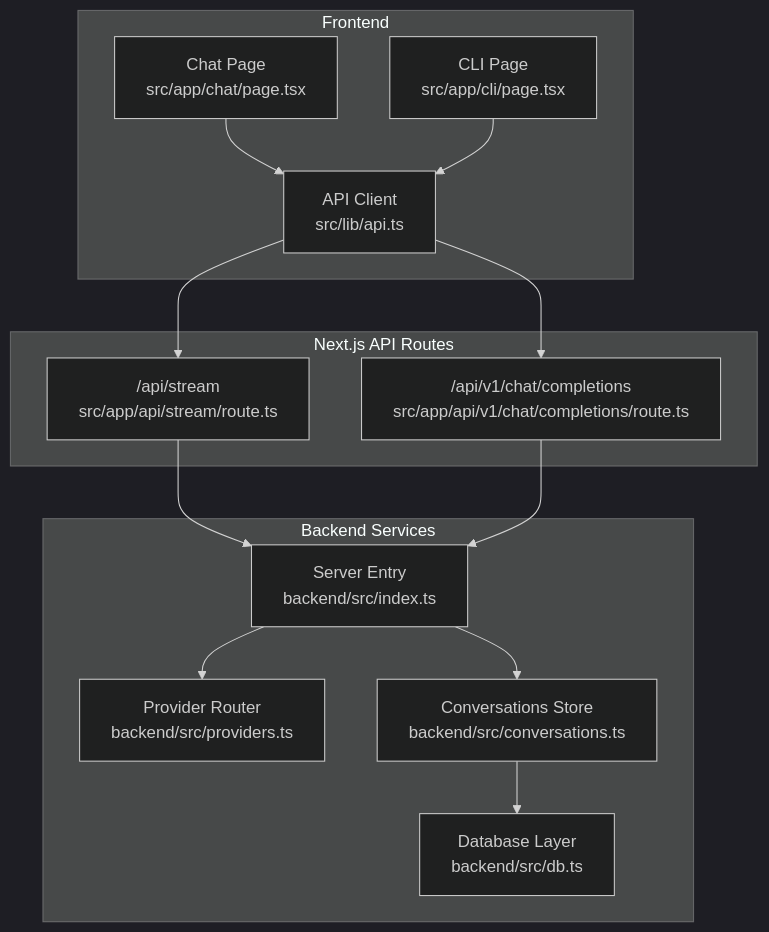
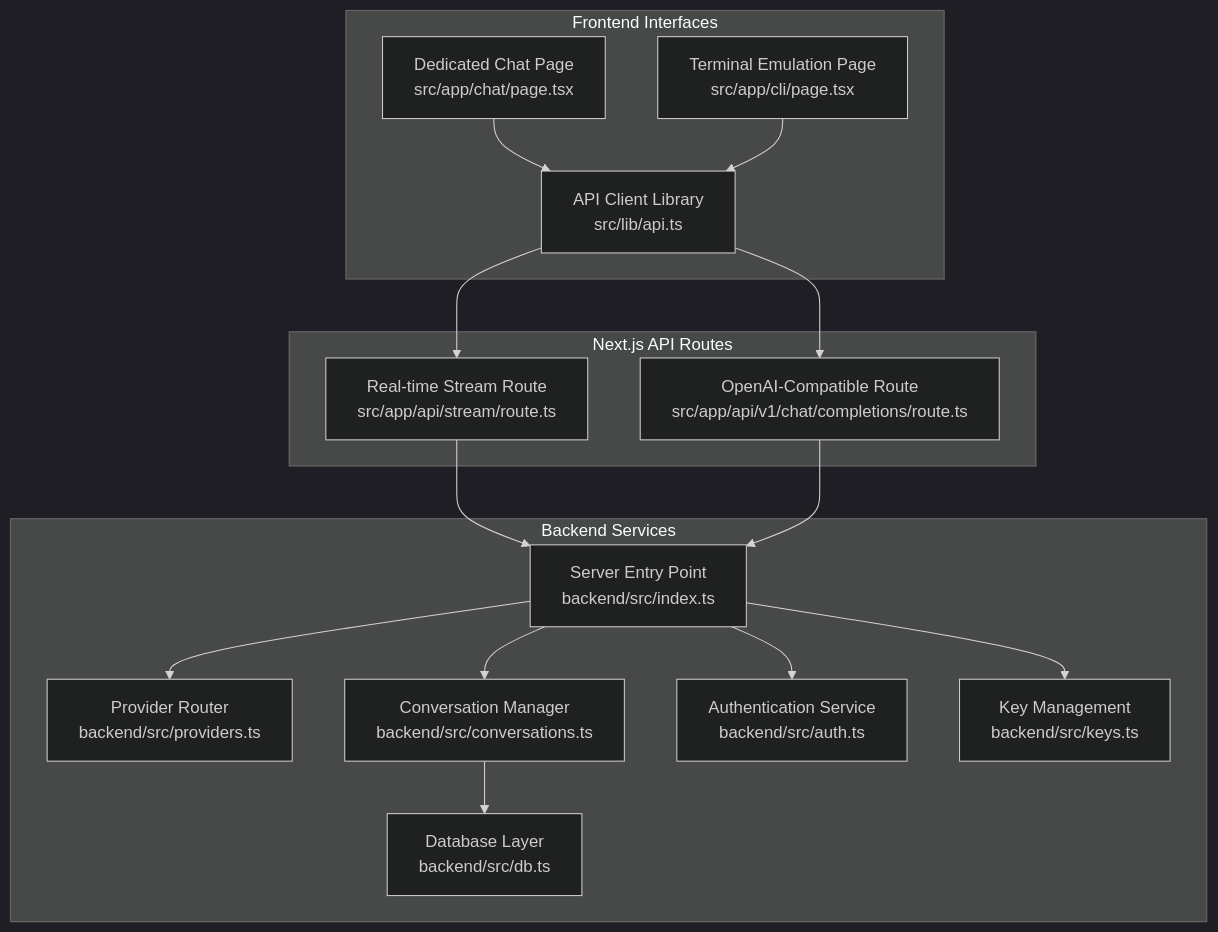
Before and after one commit to HassanAmeer/cheaprouter: the first of 3 diagrams in .qoder/repowiki/en/content/Chat Interface.md, drawn with Mermaid (dark theme). The commit also changed other lines of this file and 54 other files, not shown here.

````diff
--- a/.qoder/repowiki/en/content/Chat Interface.md
+++ b/.qoder/repowiki/en/content/Chat Interface.md
@@ -59,27 +67,31 @@
 ```mermaid
 graph TB
-subgraph "Frontend"
-ChatPage["Chat Page<br/>src/app/chat/page.tsx"]
-CLIPage["CLI Page<br/>src/app/cli/page.tsx"]
-ApiLib["API Client<br/>src/lib/api.ts"]
+subgraph "Frontend Interfaces"
+ChatPage["Dedicated Chat Page<br/>src/app/chat/page.tsx"]
+CLIPage["Terminal Emulation Page<br/>src/app/cli/page.tsx"]
+ApiLib["API Client Library<br/>src/lib/api.ts"]
 end
 subgraph "Next.js API Routes"
-StreamRoute["/api/stream<br/>src/app/api/stream/route.ts"]
-CompletionsRoute["/api/v1/chat/completions<br/>src/app/api/v1/chat/completions/route.ts"]
+StreamRoute["Real-time Stream Route<br/>src/app/api/stream/route.ts"]
+CompletionsRoute["OpenAI-Compatible Route<br/>src/app/api/v1/chat/completions/route.ts"]
 end
 subgraph "Backend Services"
-Index["Server Entry<br/>backend/src/index.ts"]
+Index["Server Entry Point<br/>backend/src/index.ts"]
 Providers["Provider Router<br/>backend/src/providers.ts"]
-Conversations["Conversations Store<br/>backend/src/conversations.ts"]
+Conversations["Conversation Manager<br/>backend/src/conversations.ts"]
 DB["Database Layer<br/>backend/src/db.ts"]
+Auth["Authentication Service<br/>backend/src/auth.ts"]
+Keys["Key Management<br/>backend/src/keys.ts"]
 end
 ChatPage --> ApiLib
 CLIPage --> ApiLib
 ApiLib --> StreamRoute
 ApiLib --> CompletionsRoute
 StreamRoute --> Index
 CompletionsRoute --> Index
 Index --> Providers
 Index --> Conversations
+Index --> Auth
+Index --> Keys
 Conversations --> DB
 ```
````
